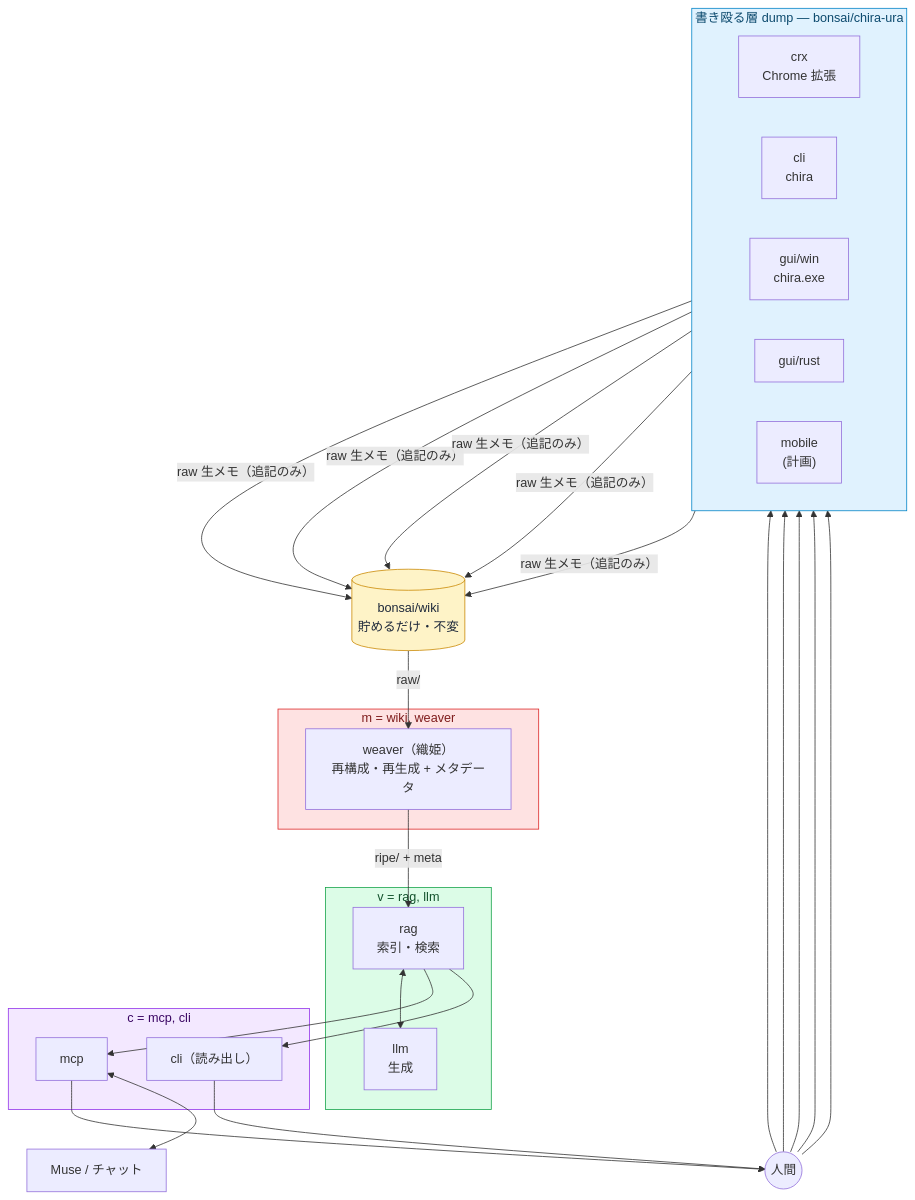
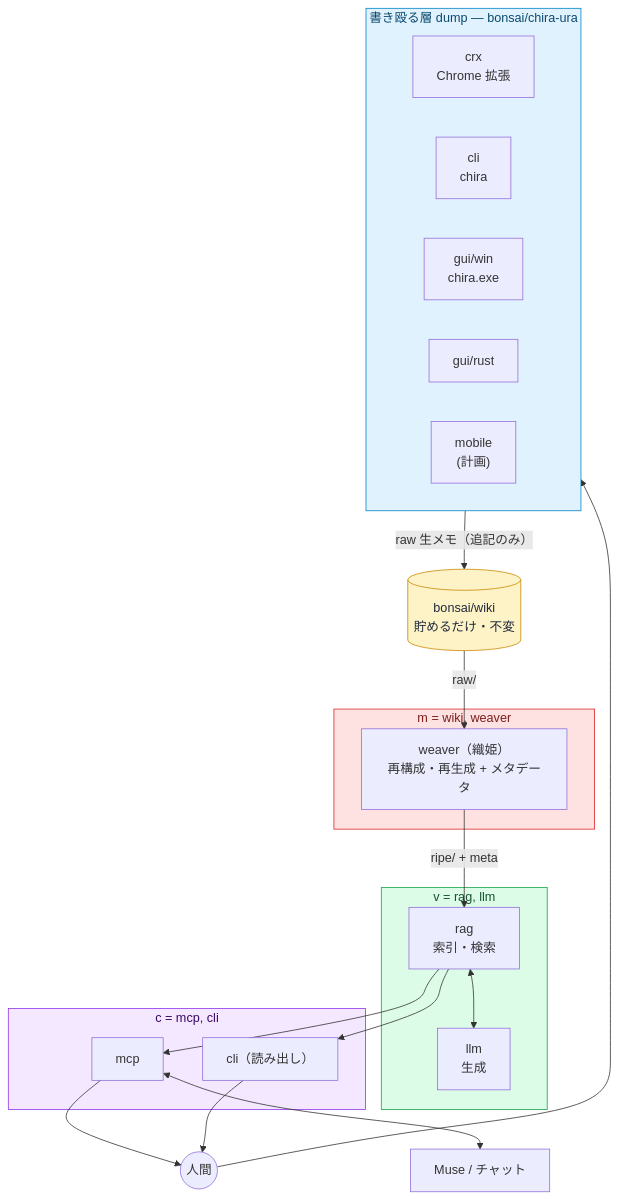
Before and after one commit to bonsai/chira-ura: the diagram in dev/layers.mmd, drawn with Mermaid.

Commit message:
docs(uml): Mermaid の人間->dump を subgraph 参照に整理 (#37)

```diff
--- a/dev/layers.mmd
+++ b/dev/layers.mmd
@@ -1,52 +1,52 @@
 %% chira-ura 三層アーキテクチャ（書き殴る / 醸成 / 選び出す）
 %% m = wiki, weaver  /  v = rag, llm  /  c = mcp, cli
 flowchart TB
   U(("人間"))
 
   subgraph DUMP["書き殴る層 dump — bonsai/chira-ura"]
     direction LR
     CRX["crx<br/>Chrome 拡張"]
     CLI["cli<br/>chira"]
     WIN["gui/win<br/>chira.exe"]
     RUST["gui/rust"]
     MOB["mobile<br/>(計画)"]
   end
 
   WIKI[("bonsai/wiki<br/>貯めるだけ・不変")]
 
   subgraph M["m = wiki, weaver"]
     WEAVER["weaver（織姫）<br/>再構成・再生成 + メタデータ"]
   end
 
   subgraph V["v = rag, llm"]
     RAG["rag<br/>索引・検索"]
     LLM["llm<br/>生成"]
   end
 
   subgraph C["c = mcp, cli"]
     MCP["mcp"]
     CLIC["cli（読み出し）"]
   end
 
   MUSE["Muse / チャット"]
 
-  U --> CRX & CLI & WIN & RUST & MOB
-  CRX & CLI & WIN & RUST & MOB -->|"raw 生メモ（追記のみ）"| WIKI
+  U --> DUMP
+  DUMP -->|"raw 生メモ（追記のみ）"| WIKI
   WIKI -->|"raw/"| WEAVER
   WEAVER -->|"ripe/ + meta"| RAG
   RAG <--> LLM
   RAG --> MCP & CLIC
   MCP --> U
   CLIC --> U
   MCP <--> MUSE
 
   classDef store fill:#fef3c7,stroke:#ca8a04,color:#1e293b;
   classDef dump fill:#e0f2fe,stroke:#0284c7,color:#0c4a6e;
   classDef m fill:#fee2e2,stroke:#dc2626,color:#7f1d1d;
   classDef v fill:#dcfce7,stroke:#16a34a,color:#14532d;
   classDef c fill:#f3e8ff,stroke:#9333ea,color:#3b0764;
   class WIKI store;
   class DUMP dump;
   class M m;
   class V v;
   class C c;
```
